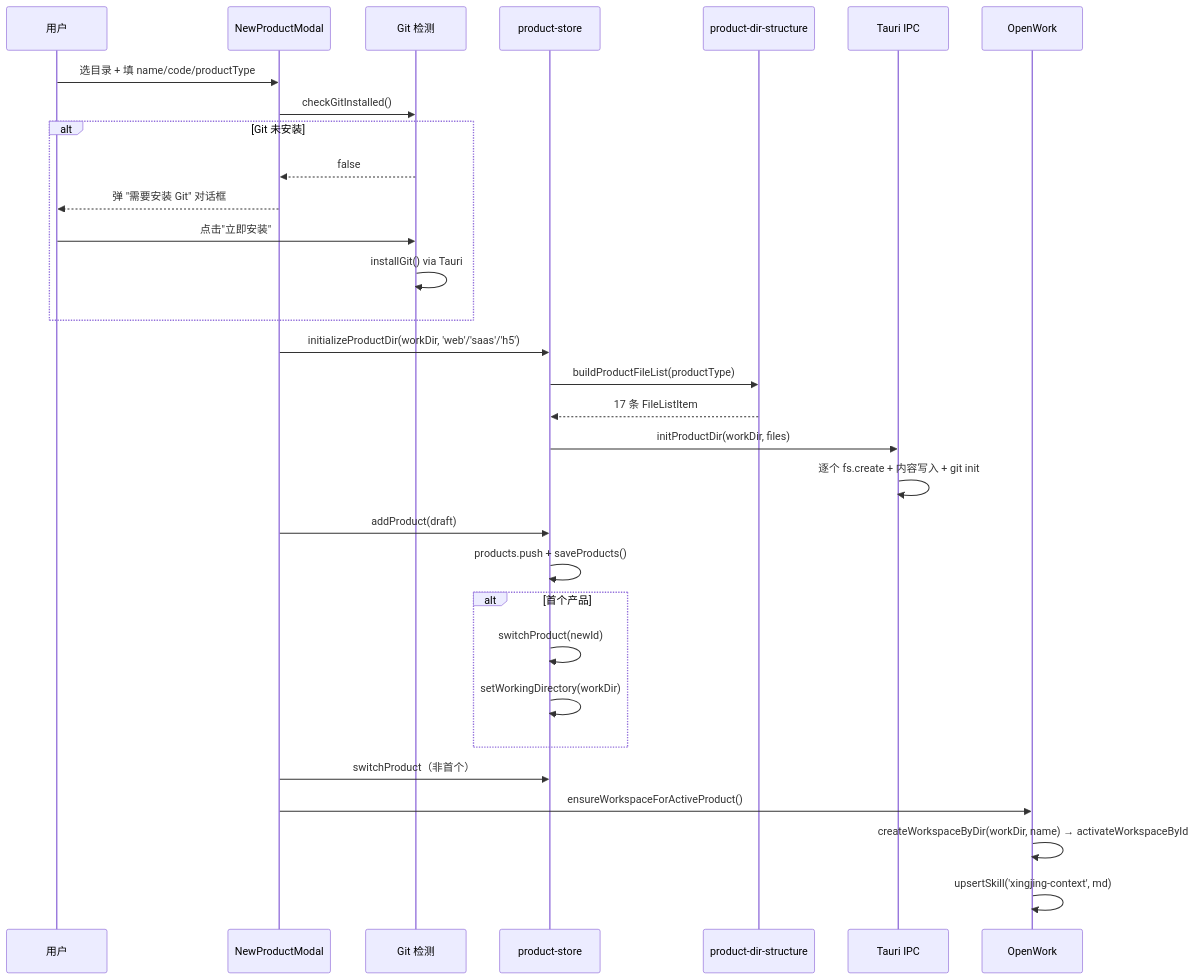
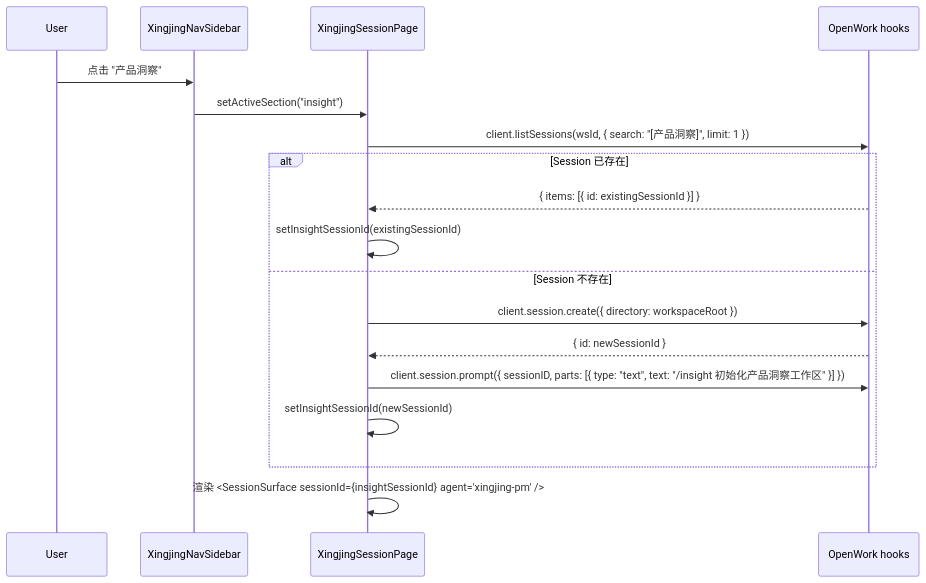
The diagram in docs/10-product-shell.md (kaka89/harnesswork), drawn with Mermaid before and after one commit. The commit also changed other lines of this file and 1 other file, not shown here.

Commit message:
docs: 回写 XingjingSessionPage UI 变更（TitleBar、NAV_ITEMS、连接状态、邀请链接启动处理）

````diff
--- a/docs/10-product-shell.md
+++ b/docs/10-product-shell.md
@@ -438,34 +416,21 @@
 ```mermaid
 sequenceDiagram
-  participant U as 用户
-  participant M as NewProductModal
-  participant G as Git 检测
-  participant PS as product-store
-  participant PDS as product-dir-structure
-  participant T as Tauri IPC
-  participant OW as OpenWork
+  participant User
+  participant Nav as XingjingNavSidebar
+  participant Page as XingjingSessionPage
+  participant OW as OpenWork hooks
 
-  U->>M: 选目录 + 填 name/code/productType
-  M->>G: checkGitInstalled()
-  alt Git 未安装
-    G-->>M: false
-    M-->>U: 弹 "需要安装 Git" 对话框
-    U->>G: 点击"立即安装"
-    G->>G: installGit() via Tauri
+  User->>Nav: 点击 "产品洞察"
+  Nav->>Page: setActiveSection("insight")
+  Page->>OW: client.listSessions(wsId, { search: "[产品洞察]", limit: 1 })
+  alt Session 已存在
+    OW-->>Page: { items: [{ id: existingSessionId }] }
+    Page->>Page: setInsightSessionId(existingSessionId)
+  else Session 不存在
+    Page->>OW: client.session.create({ directory: workspaceRoot })
+    OW-->>Page: { id: newSessionId }
+    Page->>OW: client.session.prompt({ sessionID, parts: [{ type: "text", text: "/insight 初始化产品洞察工作区" }] })
+    Page->>Page: setInsightSessionId(newSessionId)
   end
-  M->>PS: initializeProductDir(workDir, 'web'/'saas'/'h5')
-  PS->>PDS: buildProductFileList(productType)
-  PDS-->>PS: 17 条 FileListItem
-  PS->>T: initProductDir(workDir, files)
-  T->>T: 逐个 fs.create + 内容写入 + git init
-  M->>PS: addProduct(draft)
-  PS->>PS: products.push + saveProducts()
-  alt 首个产品
-    PS->>PS: switchProduct(newId)
-    PS->>PS: setWorkingDirectory(workDir)
-  end
-  M->>PS: switchProduct（非首个）
-  M->>OW: ensureWorkspaceForActiveProduct()
-  OW->>OW: createWorkspaceByDir(workDir, name) → activateWorkspaceById
-  OW->>OW: upsertSkill('xingjing-context', md)
+  Page->>Page: 渲染 <SessionSurface sessionId={insightSessionId} agent="xingjing-pm" />
 ```
````
